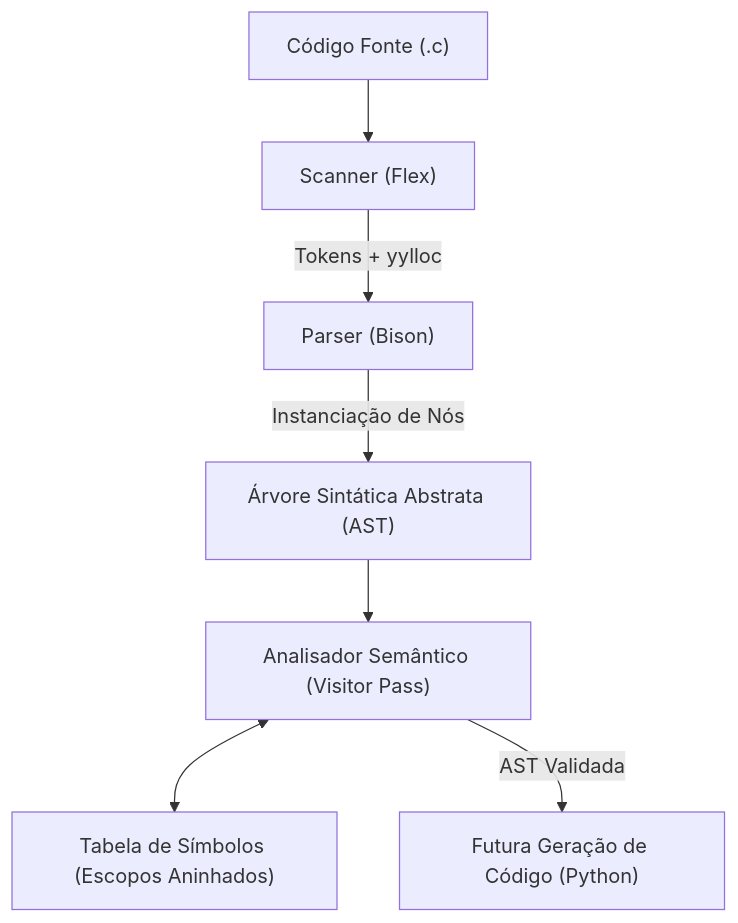
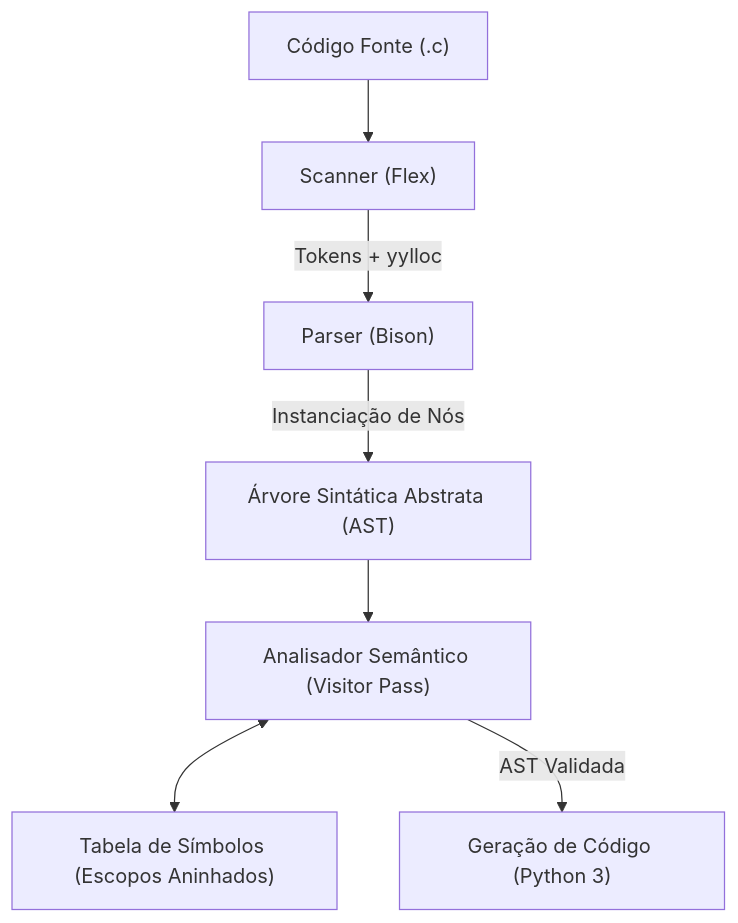
One commit to pedrolrm/compiladores-unb changed the diagram in docs/ast_e_tabela_simbolos.md. Above: the diagram before and after it, drawn with Mermaid. The commit also changed other lines of this file and 2 other files, not shown here.

````diff
--- a/docs/ast_e_tabela_simbolos.md
+++ b/docs/ast_e_tabela_simbolos.md
@@ -11,9 +11,9 @@
 ```mermaid
 flowchart TD
     A["Código Fonte (.c)"] --> B["Scanner (Flex)"]
     B -->|Tokens + yylloc| C["Parser (Bison)"]
     C -->|Instanciação de Nós| D["Árvore Sintática Abstrata (AST)"]
     D --> E["Analisador Semântico (Visitor Pass)"]
     E <--> F["Tabela de Símbolos (Escopos Aninhados)"]
-    E -->|AST Validada| G["Futura Geração de Código (Python)"]
+    E -->|AST Validada| G["Geração de Código (Python 3)"]
 ```
````
